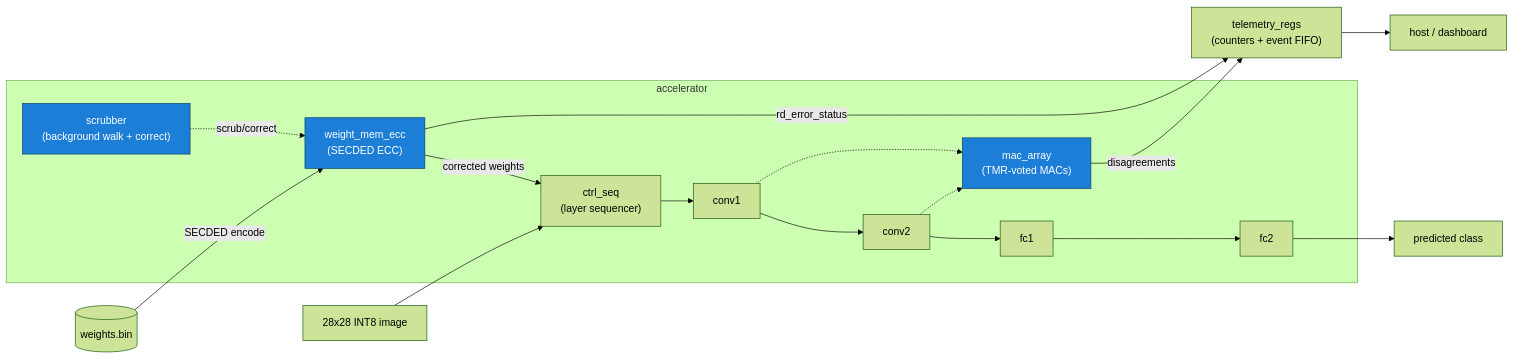
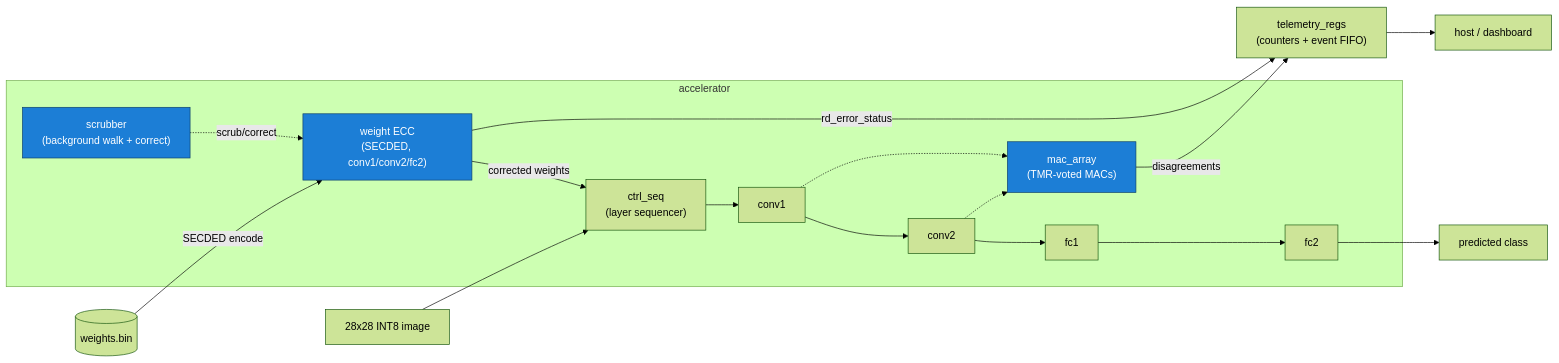
The diagram in README.md (n1khiljain/radical), drawn with Mermaid (forest theme) before and after one commit. The commit also changed other lines of this file, not shown here.

First line of the commit message:
README: reconcile post-merge — add chip-level ECC integration, fix stale claims

````diff
--- a/README.md
+++ b/README.md
@@ -127,26 +174,26 @@
 ```mermaid
 flowchart LR
     IMG[28x28 INT8 image] --> CTRL
     WB[(weights.bin)] -->|SECDED encode| WME
 
     subgraph CHIP [accelerator]
-      WME["weight_mem_ecc<br/>(SECDED ECC)"]:::hard
+      WME["weight ECC<br/>(SECDED, conv1/conv2/fc2)"]:::hard
       SCR["scrubber<br/>(background walk + correct)"]:::hard
       CTRL["ctrl_seq<br/>(layer sequencer)"]
       C1[conv1] --> C2[conv2] --> F1[fc1] --> F2[fc2]
       MAC["mac_array<br/>(TMR-voted MACs)"]:::hard
 
       WME -->|corrected weights| CTRL
       SCR -.->|scrub/correct| WME
       CTRL --> C1
       C1 -.-> MAC
       C2 -.-> MAC
     end
 
     F2 --> OUT[predicted class]
     WME -->|rd_error_status| TEL["telemetry_regs<br/>(counters + event FIFO)"]
     MAC -->|disagreements| TEL
     TEL --> HOST[host / dashboard]
 
     classDef hard fill:#1c7ed6,stroke:#0b3d66,color:#fff;
 ```
````
